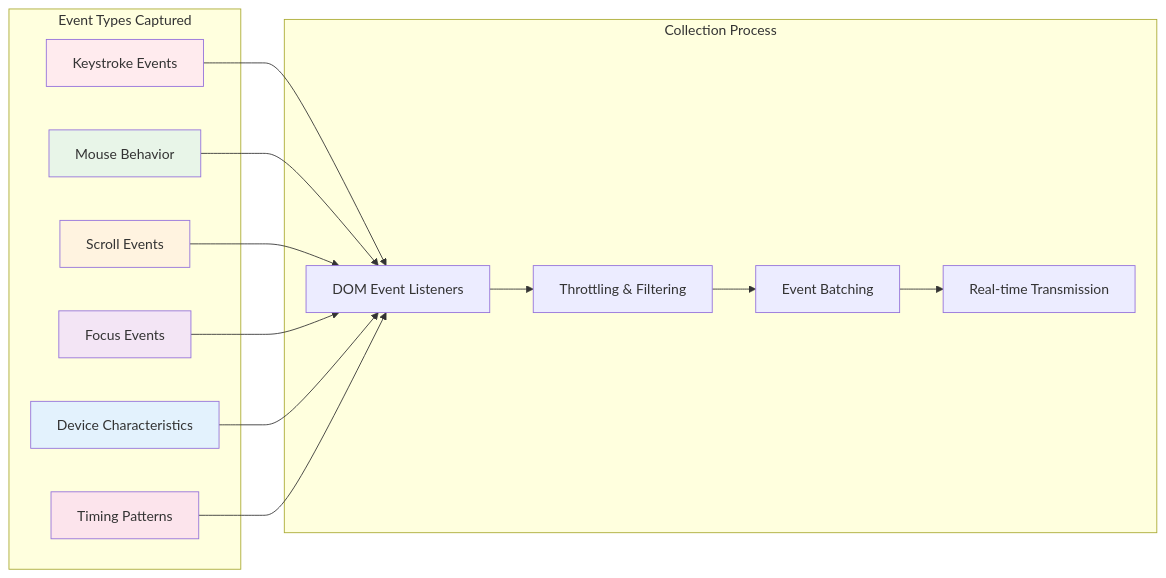
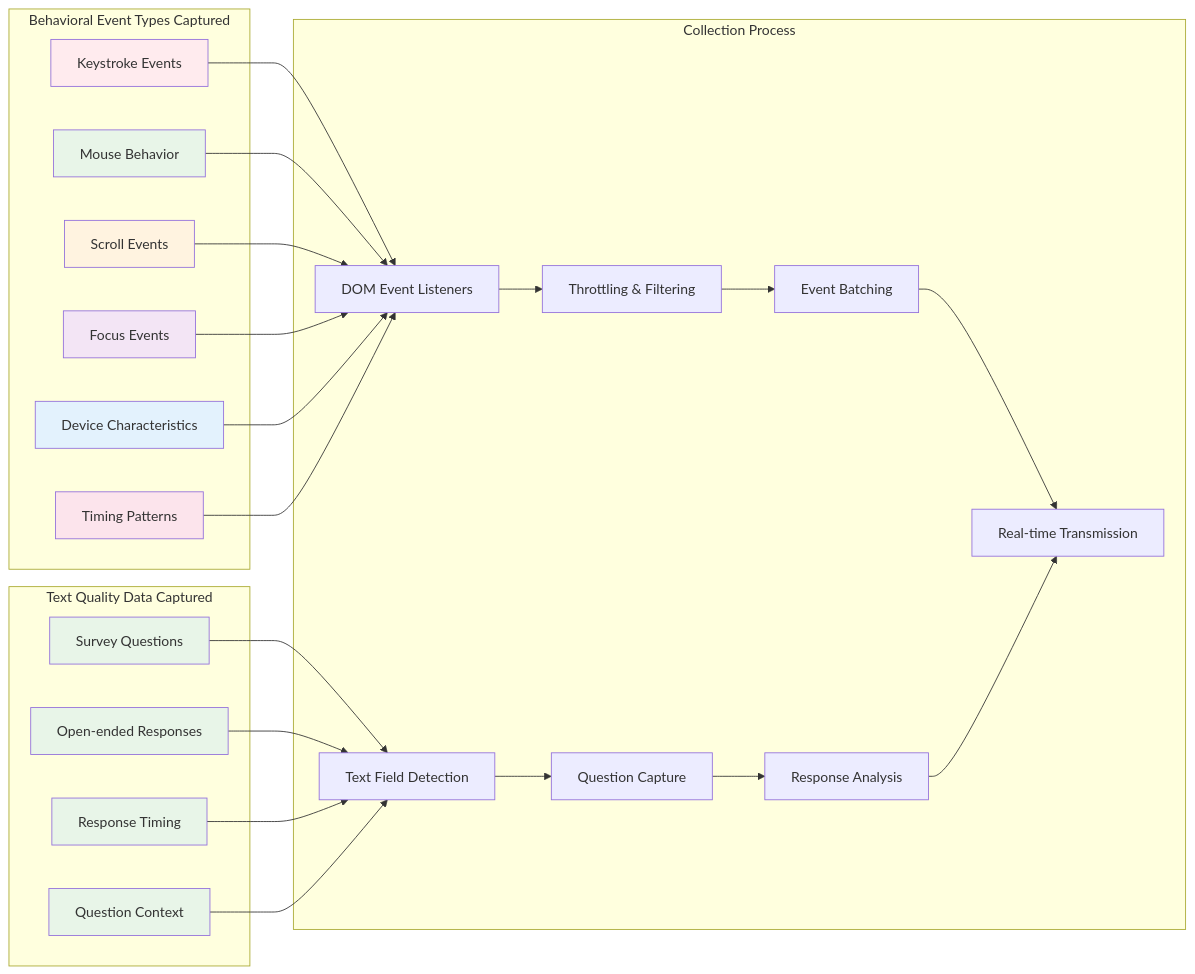
One commit to halderavik/bot_detection_live changed the second of 9 diagrams in bot_detection_flow.md. Above: the diagram before and after it, drawn with Mermaid. The commit also changed other lines of this file and 25 other files, not shown here.

Commit message:
chore(prod): deploy plan & GCP prod configs; text analysis services and tests; frontend widget; cloudbuild frontend; docs updates

````diff
--- a/bot_detection_flow.md
+++ b/bot_detection_flow.md
@@ -63,36 +77,58 @@
 ```mermaid
 graph LR
-    subgraph "Event Types Captured"
+    subgraph "Behavioral Event Types Captured"
         A1[Keystroke Events]
         A2[Mouse Behavior]
         A3[Scroll Events]
         A4[Focus Events]
         A5[Device Characteristics]
         A6[Timing Patterns]
     end
     
+    subgraph "Text Quality Data Captured"
+        A7[Survey Questions]
+        A8[Open-ended Responses]
+        A9[Response Timing]
+        A10[Question Context]
+    end
+    
     subgraph "Collection Process"
         B1[DOM Event Listeners]
-        B2[Throttling & Filtering]
-        B3[Event Batching]
-        B4[Real-time Transmission]
+        B2[Text Field Detection]
+        B3[Throttling & Filtering]
+        B4[Event Batching]
+        B5[Real-time Transmission]
+        B6[Question Capture]
+        B7[Response Analysis]
     end
     
     A1 --> B1
     A2 --> B1
     A3 --> B1
     A4 --> B1
     A5 --> B1
     A6 --> B1
     
-    B1 --> B2
-    B2 --> B3
+    A7 --> B2
+    A8 --> B2
+    A9 --> B2
+    A10 --> B2
+    
+    B1 --> B3
+    B2 --> B6
+    B6 --> B7
     B3 --> B4
+    B4 --> B5
+    B7 --> B5
     
     style A1 fill:#ffebee
     style A2 fill:#e8f5e8
     style A3 fill:#fff3e0
     style A4 fill:#f3e5f5
     style A5 fill:#e3f2fd
     style A6 fill:#fce4ec
+    style A7 fill:#e8f5e8
+    style A8 fill:#e8f5e8
+    style A9 fill:#e8f5e8
+    style A10 fill:#e8f5e8
 ```
````
